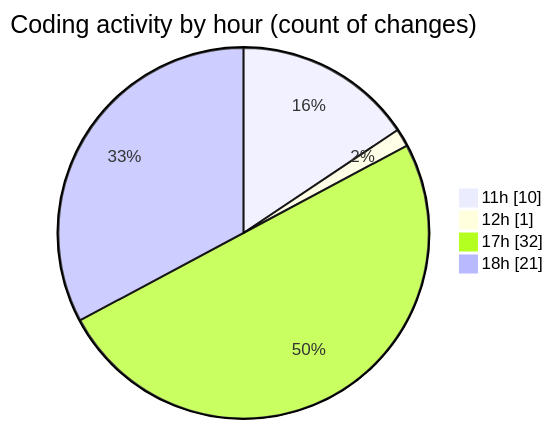
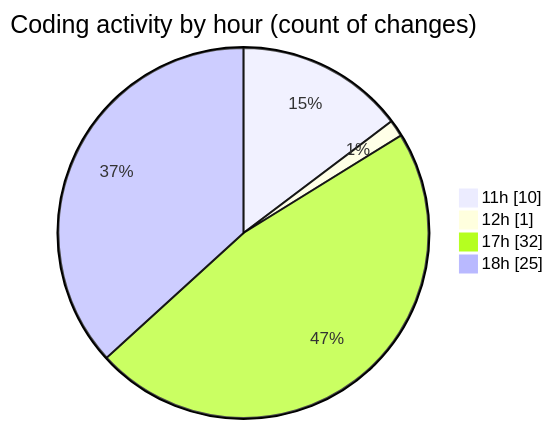
The second of 2 diagrams in 2025-06-19/nxtqube_webapp/README.md (nxtqubesakshisongat/code-tracking), drawn with Mermaid before and after one commit. The commit also changed other lines of this file and 1 other file, not shown here.

````diff
--- a/2025-06-19/nxtqube_webapp/README.md
+++ b/2025-06-19/nxtqube_webapp/README.md
@@ -37,8 +37,8 @@
 ```mermaid
 pie showData
 title Coding activity by hour (count of changes)
 "11h" : 10
 "12h" : 1
 "17h" : 32
-"18h" : 21
+"18h" : 25
 ```
````
